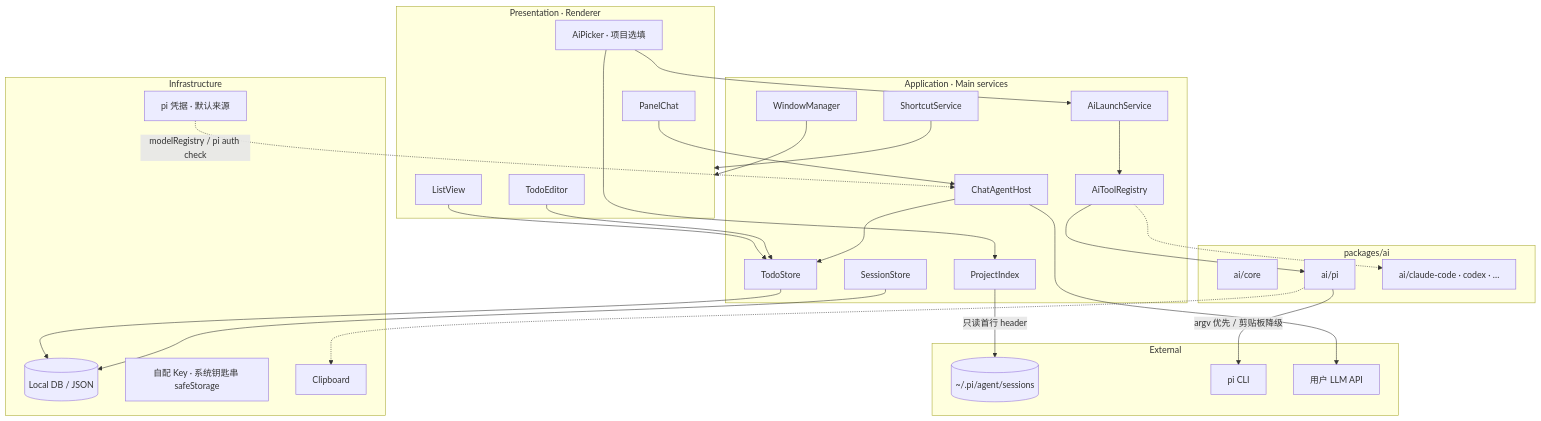
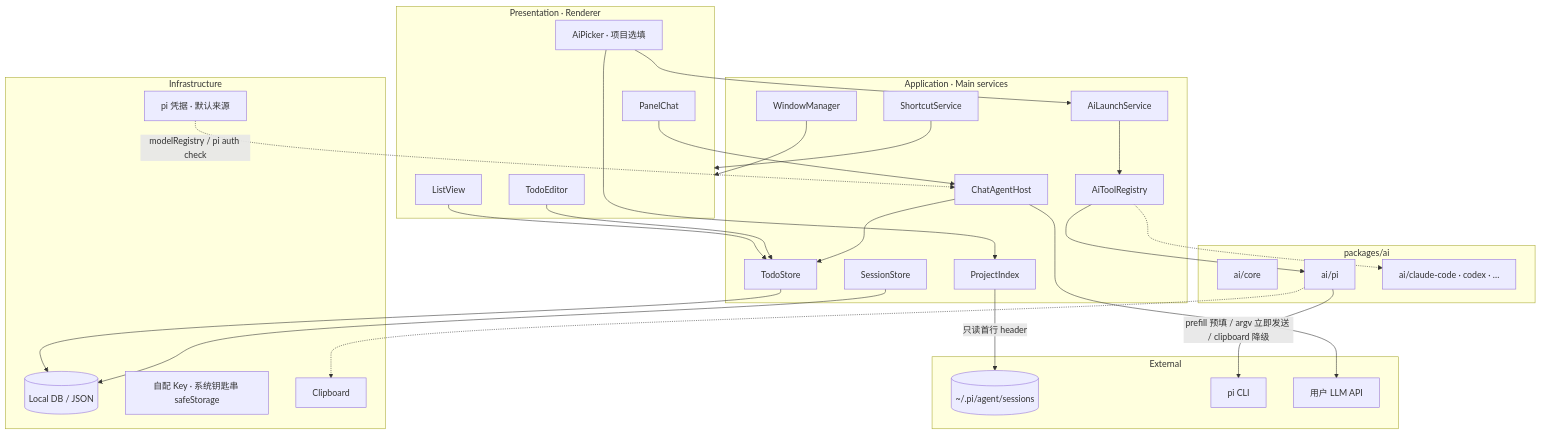
Before and after one commit to Jacky-li-li-li/ticktodo: the first of 5 diagrams in docs/已对齐/TECH-ARCH-tick.md, drawn with Mermaid. The commit also changed other lines of this file and 49 other files, not shown here.

````diff
--- a/docs/已对齐/TECH-ARCH-tick.md
+++ b/docs/已对齐/TECH-ARCH-tick.md
@@ -27,55 +27,55 @@
 ```mermaid
 flowchart TB
   subgraph Presentation["Presentation · Renderer"]
     List[ListView]
     Editor[TodoEditor]
     AiPick[AiPicker · 项目选填]
     Chat[PanelChat]
   end
 
   subgraph Application["Application · Main services"]
     WM[WindowManager]
     SC[ShortcutService]
     Todo[TodoStore]
     Sess[SessionStore]
     ProjIx[ProjectIndex]
     Agent[ChatAgentHost]
     Reg[AiToolRegistry]
     Launch[AiLaunchService]
   end
 
   subgraph DomainAI["packages/ai"]
     Core[ai/core]
     PiAd[ai/pi]
     Future[ai/claude-code · codex · …]
   end
 
   subgraph Infra["Infrastructure"]
     Store[(Local DB / JSON)]
     PiAuth[pi 凭据 · 默认来源]
     Keychain[自配 Key · 系统钥匙串 safeStorage]
     Clip[Clipboard]
   end
 
   subgraph External["External"]
     PiSess[(~/.pi/agent/sessions)]
     PiCLI[pi CLI]
     LLM[用户 LLM API]
   end
 
   List & Editor --> Todo
   AiPick --> Launch
   AiPick --> ProjIx
   ProjIx -->|"只读首行 header"| PiSess
   Chat --> Agent
   Launch --> Reg --> PiAd
   Reg -.-> Future
-  PiAd -->|"argv 优先 / 剪贴板降级"| PiCLI
+  PiAd -->|"prefill 预填 / argv 立即发送 / clipboard 降级"| PiCLI
   PiAd -.-> Clip
   Agent --> LLM
   Agent --> Todo
   Todo --> Store
   Sess --> Store
   PiAuth -.->|"modelRegistry / pi auth check"| Agent
   WM & SC --> Presentation
 ```
````
